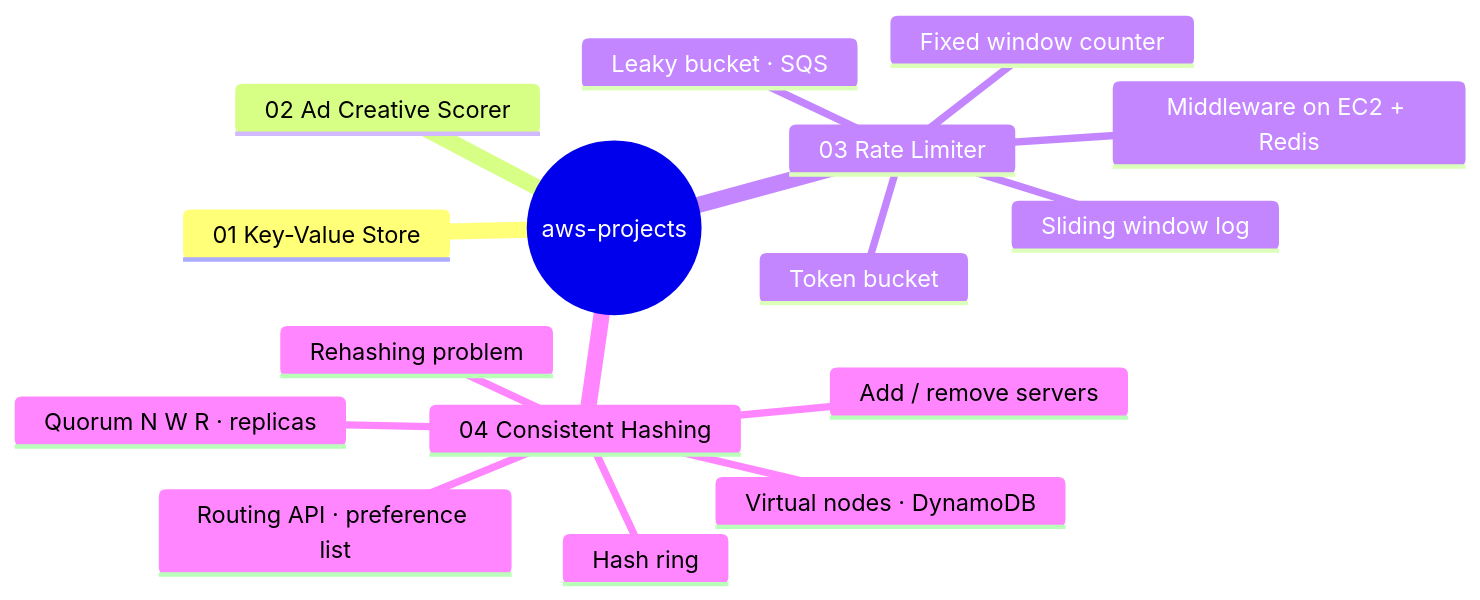
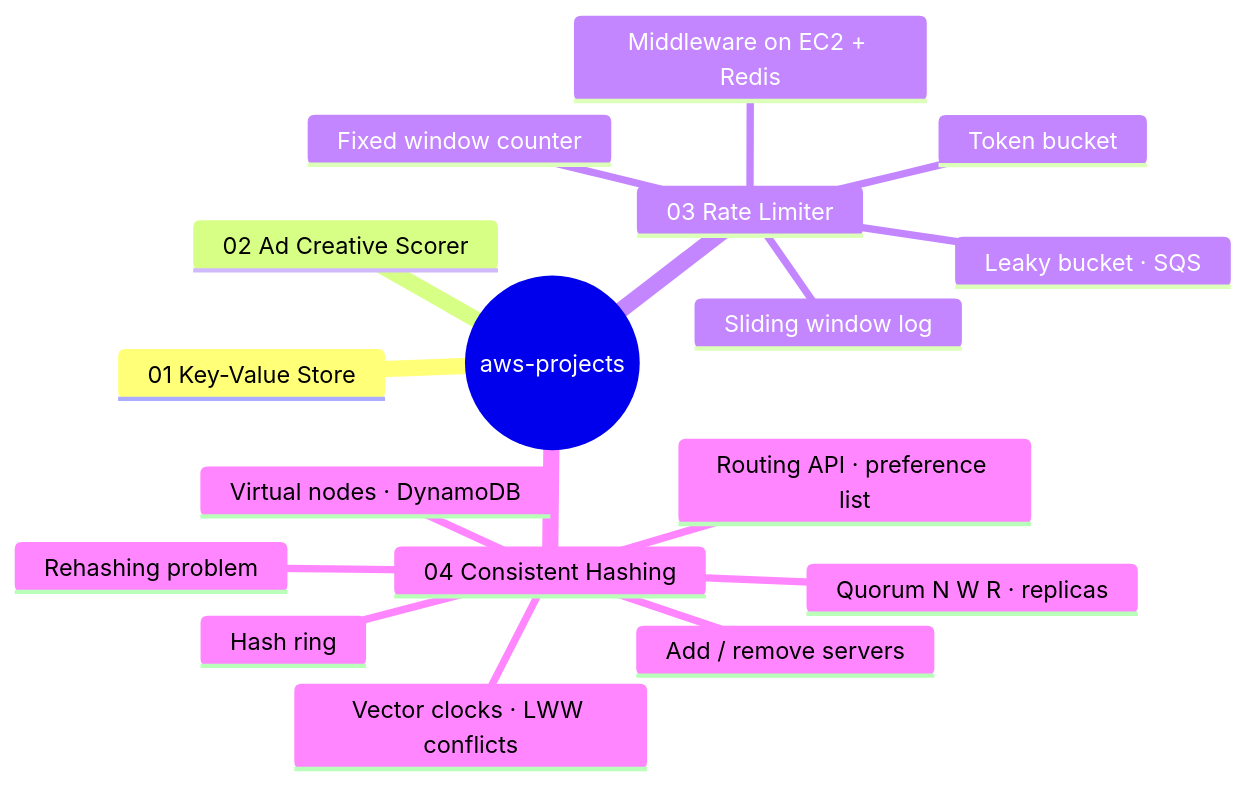
The first of 3 diagrams in README.md (TareDevarsh/AWS-cloudformation-projects), drawn with Mermaid before and after one commit. The commit also changed other lines of this file and 7 other files, not shown here.

First line of the commit message:
feat(04): vector clocks, conflict detection and server-side LWW resolution

````diff
--- a/README.md
+++ b/README.md
@@ -59,19 +59,20 @@
 ```mermaid
 mindmap
   root((aws-projects))
     01 Key-Value Store
     02 Ad Creative Scorer
     03 Rate Limiter
       Middleware on EC2 + Redis
       Token bucket
       Leaky bucket · SQS
       Sliding window log
       Fixed window counter
     04 Consistent Hashing
       Rehashing problem
       Hash ring
       Add / remove servers
       Virtual nodes · DynamoDB
       Routing API · preference list
       Quorum N W R · replicas
+      Vector clocks · LWW conflicts
 ```
````
